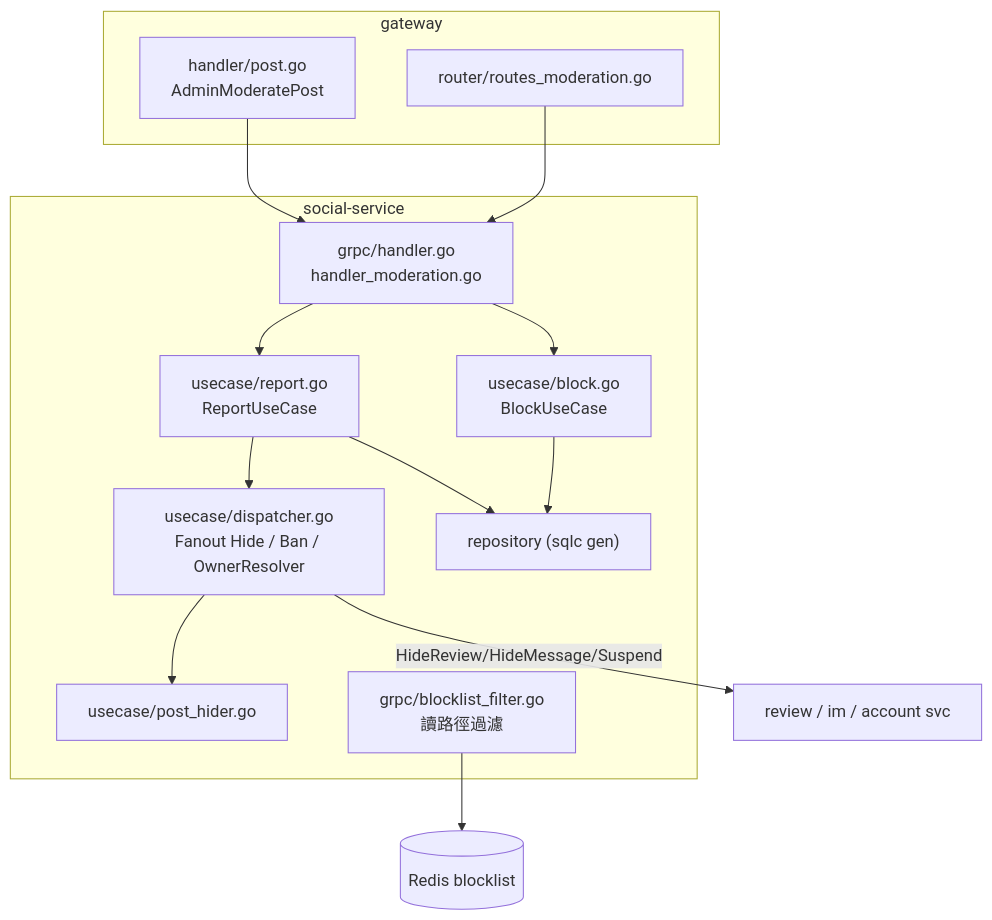
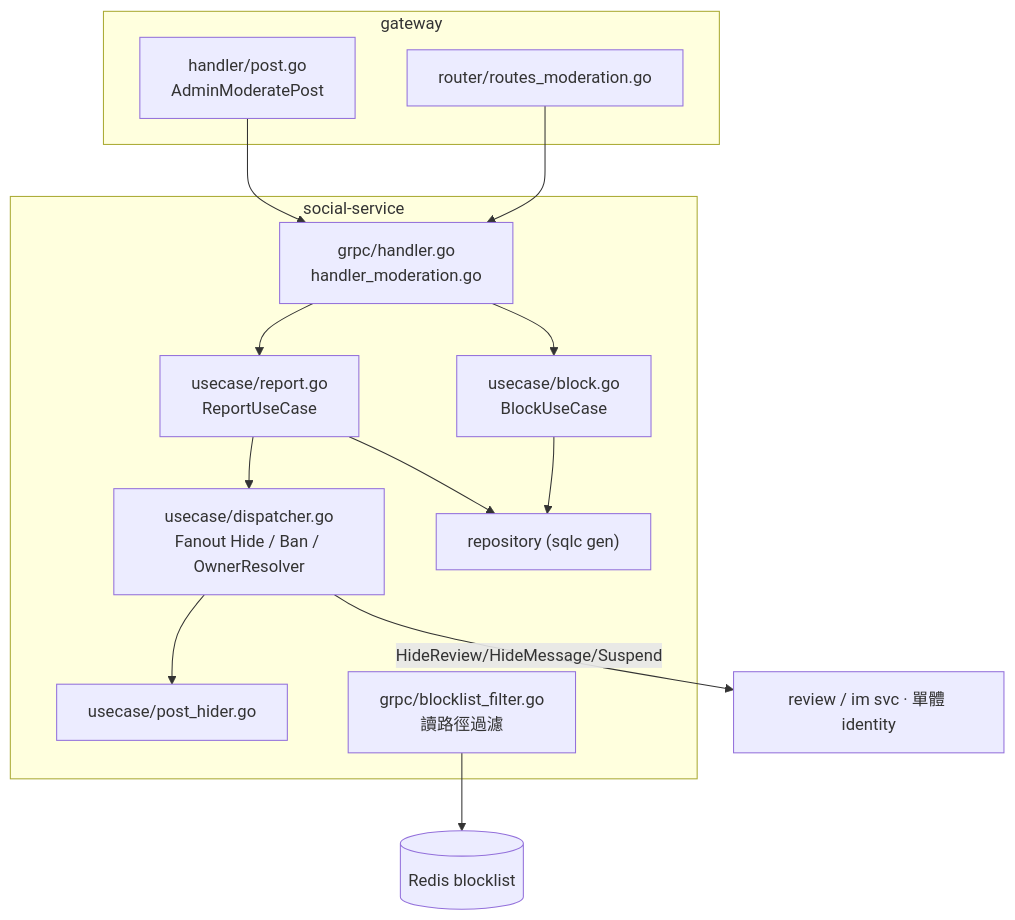
One commit to Will413028/hawkr changed the second of 4 diagrams in backend/docs/詳細設計書/31-內容檢舉與封鎖（Content Reporting & Block）詳細設計書.md. Above: the diagram before and after it, drawn with Mermaid. The commit also changed other lines of this file, not shown here.

````diff
--- a/backend/docs/詳細設計書/31-內容檢舉與封鎖（Content Reporting & Block）詳細設計書.md
+++ b/backend/docs/詳細設計書/31-內容檢舉與封鎖（Content Reporting & Block）詳細設計書.md
@@ -91,26 +91,26 @@
 ```mermaid
 flowchart TB
   subgraph gw["gateway"]
     GH["handler/post.go<br/>AdminModeratePost"]
     GM["router/routes_moderation.go"]
   end
   subgraph soc["social-service"]
     H["grpc/handler.go<br/>handler_moderation.go"]
     RUC["usecase/report.go<br/>ReportUseCase"]
     BUC["usecase/block.go<br/>BlockUseCase"]
     DISP["usecase/dispatcher.go<br/>Fanout Hide / Ban / OwnerResolver"]
     HIDER["usecase/post_hider.go"]
     REPO["repository (sqlc gen)"]
     FILT["grpc/blocklist_filter.go<br/>讀路徑過濾"]
   end
   GH --> H
   GM --> H
   H --> RUC
   H --> BUC
   RUC --> DISP
   DISP --> HIDER
   RUC --> REPO
   BUC --> REPO
-  DISP -->|HideReview/HideMessage/Suspend| EXT["review / im / account svc"]
+  DISP -->|HideReview/HideMessage/Suspend| EXT["review / im svc · 單體 identity"]
   FILT --> RDS[(Redis blocklist)]
 ```
````
